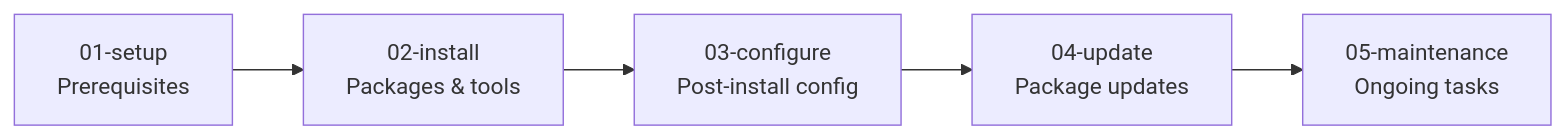
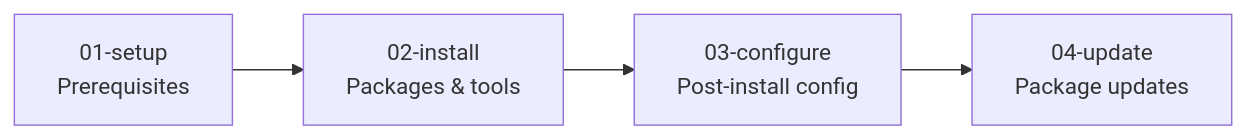
One commit to jsoyer/dotfiles changed the third of 6 diagrams in docs/ARCHITECTURE.md. Above: the diagram before and after it, drawn with Mermaid. The commit also changed other lines of this file and 5 other files, not shown here.

````diff
--- a/docs/ARCHITECTURE.md
+++ b/docs/ARCHITECTURE.md
@@ -69,7 +68,6 @@
 ```mermaid
 graph LR
     A[01-setup<br>Prerequisites] --> B[02-install<br>Packages & tools]
     B --> C[03-configure<br>Post-install config]
     C --> D[04-update<br>Package updates]
-    D --> E[05-maintenance<br>Ongoing tasks]
 ```
````
